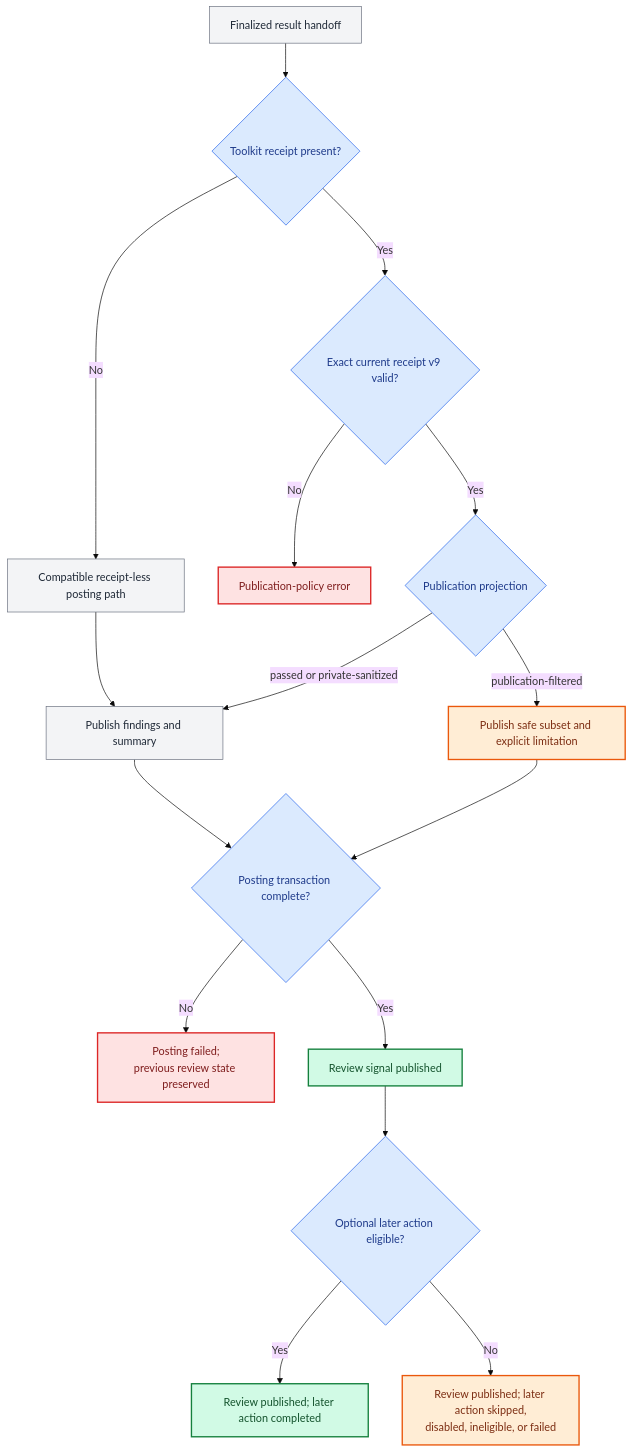
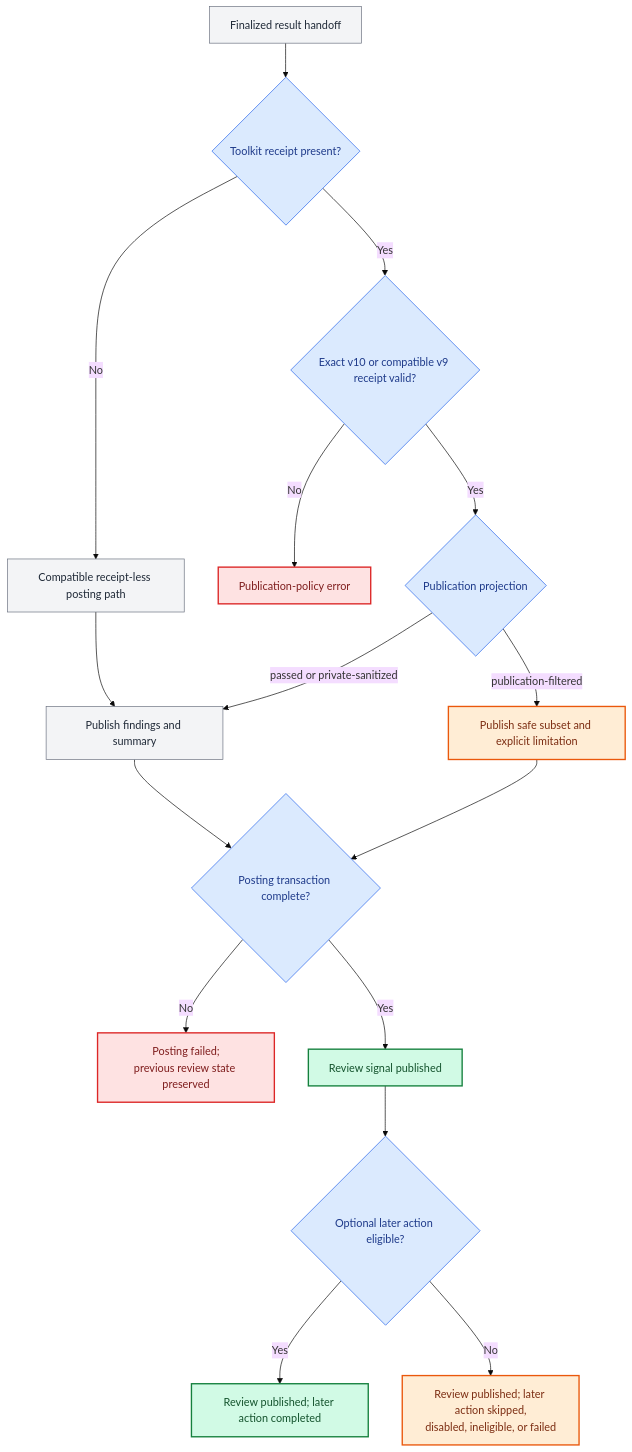
One commit to xeonvs/open-code-review-toolkit changed the fourth of 4 diagrams in docs/review-decision-flow.md. Above: the diagram before and after it, drawn with Mermaid (base theme). The commit also changed other lines of this file and 83 other files, not shown here.

````diff
--- a/docs/review-decision-flow.md
+++ b/docs/review-decision-flow.md
@@ -223,30 +244,30 @@
 ```mermaid
 flowchart TD
     handoff[Finalized result handoff] --> receipt{Toolkit receipt present?}
     receipt -- No --> direct[Compatible receipt-less posting path]
-    receipt -- Yes --> exact{Exact current receipt v9 valid?}
+    receipt -- Yes --> exact{Exact v10 or compatible v9 receipt valid?}
     exact -- No --> schema_error[Publication-policy error]
     exact -- Yes --> projection{Publication projection}
     direct --> publish[Publish findings and summary]
     projection -- passed or private-sanitized --> publish
     projection -- publication-filtered --> publish_partial[Publish safe subset and explicit limitation]
     publish --> writes{Posting transaction complete?}
     publish_partial --> writes
     writes -- No --> post_error[Posting failed;<br/>previous review state preserved]
     writes -- Yes --> public_ok[Review signal published]
     public_ok --> action{Optional later action eligible?}
     action -- Yes --> action_ok[Review published; later action completed]
     action -- No --> action_warn[Review published; later action skipped,<br/>disabled, ineligible, or failed]
 
     classDef success fill:#d1fae5,stroke:#15803d,color:#14532d,stroke-width:2px;
     classDef warning fill:#ffedd5,stroke:#ea580c,color:#7c2d12,stroke-width:2px;
     classDef error fill:#fee2e2,stroke:#dc2626,color:#7f1d1d,stroke-width:2px;
     classDef auxiliary fill:#f3f4f6,stroke:#6b7280,color:#1f2937;
     classDef decision fill:#dbeafe,stroke:#2563eb,color:#1e3a8a;
 
     class public_ok,action_ok success;
     class publish_partial,action_warn warning;
     class schema_error,post_error error;
     class handoff,direct,publish auxiliary;
     class receipt,exact,projection,writes,action decision;
 ```
````
